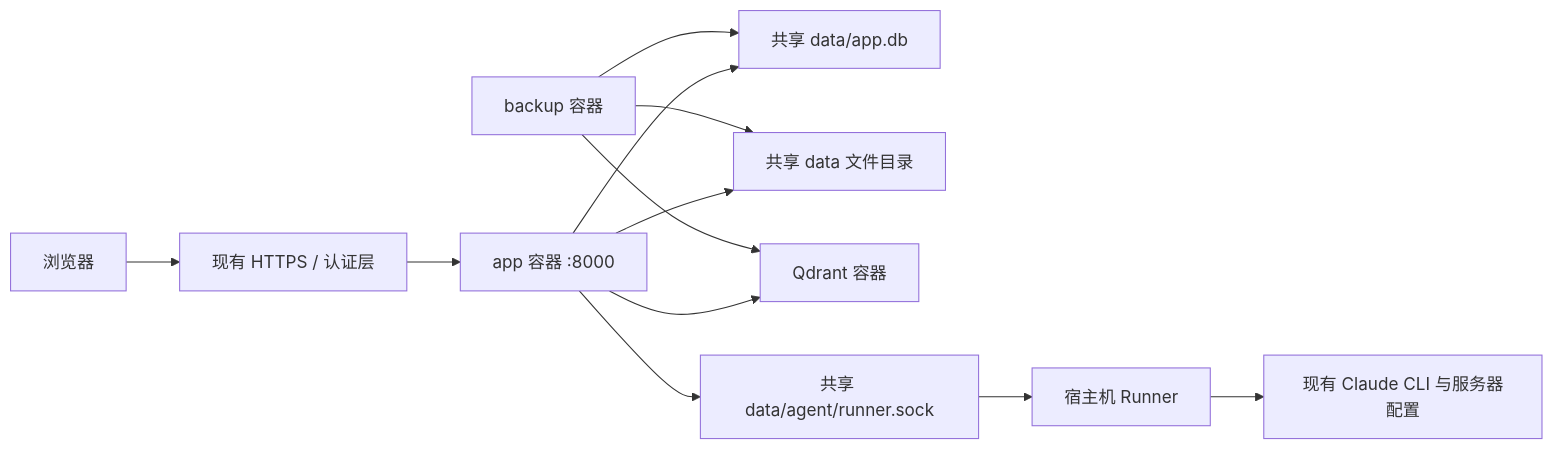
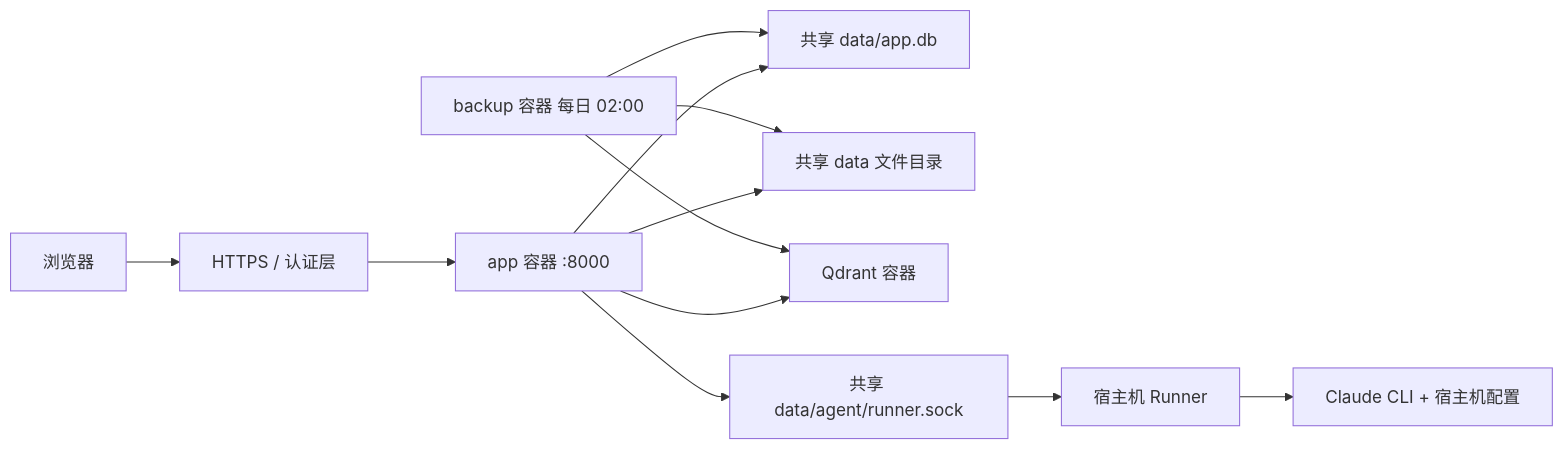
Before and after one commit to FallrainKing/Firework: the second of 3 diagrams in 架构.md, drawn with Mermaid. The commit also changed other lines of this file, not shown here.

Commit message:
docs: comprehensive architecture and API reference for final state

````diff
--- a/架构.md
+++ b/架构.md
@@ -64,14 +55,14 @@
 ```mermaid
 flowchart LR
-    Browser[浏览器] --> Access[现有 HTTPS / 认证层]
+    Browser[浏览器] --> Access[HTTPS / 认证层]
     Access --> App[app 容器 :8000]
     App --> DB[共享 data/app.db]
     App --> Data[共享 data 文件目录]
     App --> Qdrant[Qdrant 容器]
     App --> Socket[共享 data/agent/runner.sock]
     Socket --> Host[宿主机 Runner]
-    Host --> Claude[现有 Claude CLI 与服务器配置]
-    Backup[backup 容器] --> DB
+    Host --> Claude[Claude CLI + 宿主机配置]
+    Backup[backup 容器 每日 02:00] --> DB
     Backup --> Data
     Backup --> Qdrant
 ```
````
